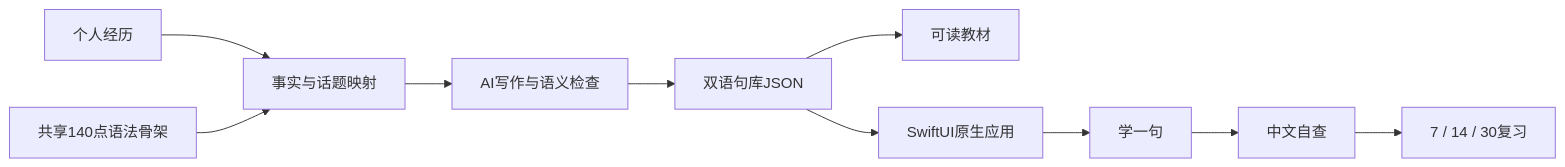
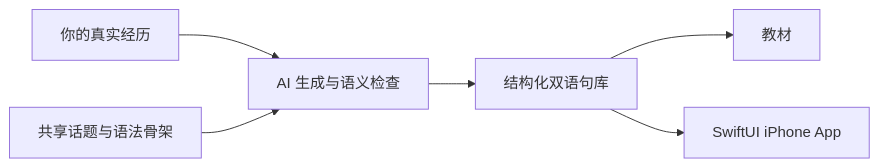
One commit to ChoneyChen/ispeak changed the second of 2 diagrams in README.md. Above: the diagram before and after it, drawn with Mermaid. The commit also changed other lines of this file and 6 other files, not shown here.

````diff
--- a/README.md
+++ b/README.md
@@ -61,12 +120,8 @@
 ```mermaid
 flowchart LR
-    P[个人经历] --> F[事实与话题映射]
-    G[共享140点语法骨架] --> F
-    F --> A[AI写作与语义检查]
-    A --> J[双语句库JSON]
-    J --> B[可读教材]
-    J --> I[SwiftUI原生应用]
-    I --> S[学一句]
-    S --> R[中文自查]
-    R --> M[7 / 14 / 30复习]
+    P[你的真实经历] --> A[AI 生成与语义检查]
+    G[共享话题与语法骨架] --> A
+    A --> J[结构化双语句库]
+    J --> B[教材]
+    J --> I[SwiftUI iPhone App]
 ```
````
